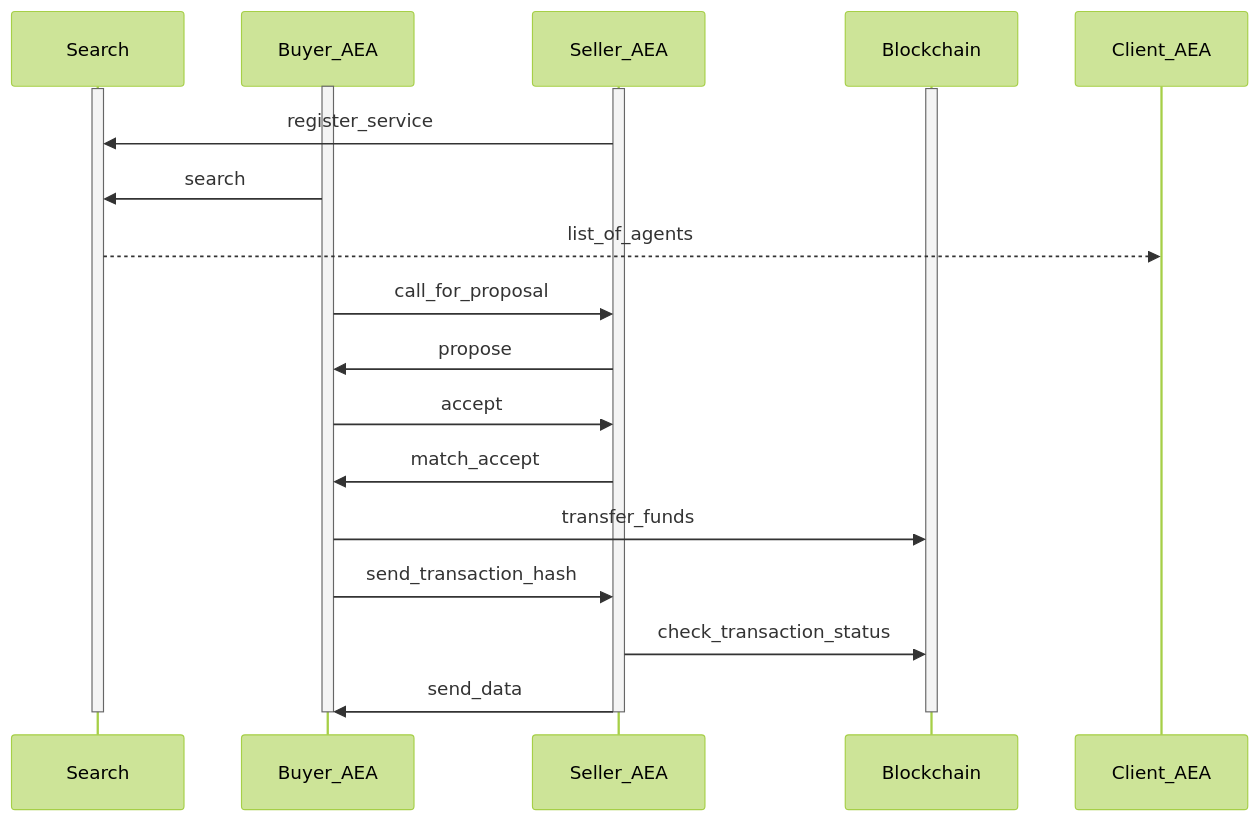
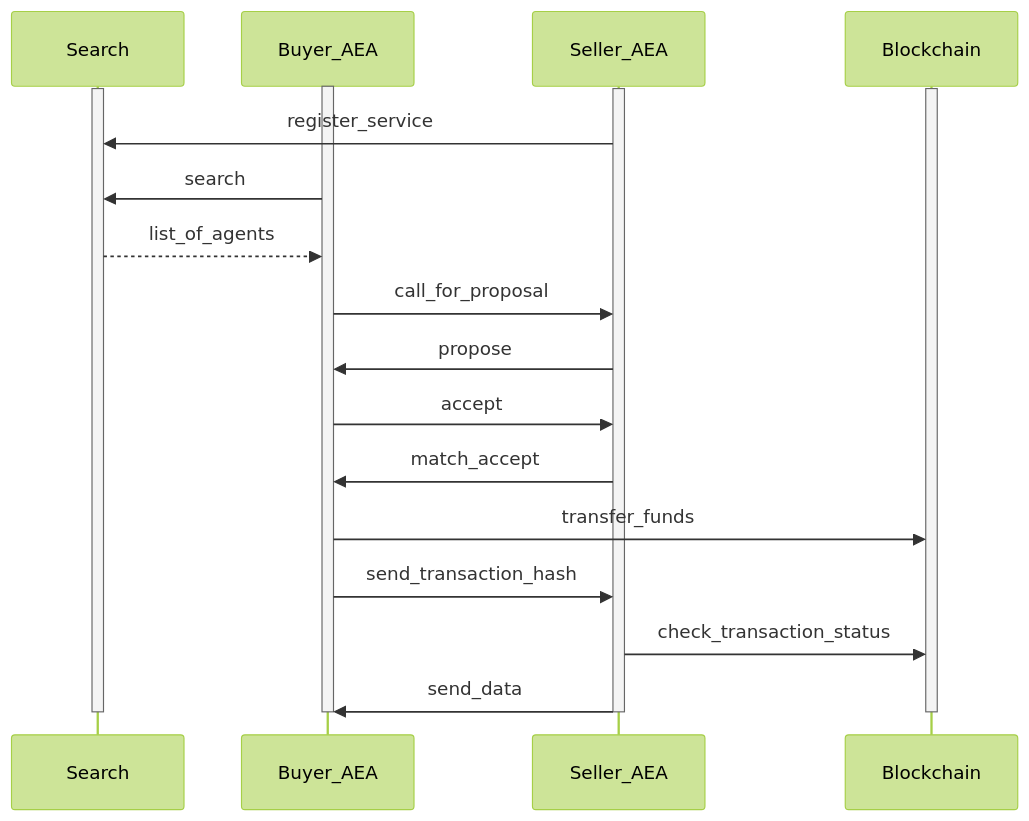
One commit to legendarydeveloper919/agents-aea changed the diagram in docs/orm-integration-to-generic.md. Above: the diagram before and after it, drawn with Mermaid (forest theme). The commit also changed 4 other files, not shown here.

```diff
--- a/docs/orm-integration-to-generic.md
+++ b/docs/orm-integration-to-generic.md
@@ -279,30 +279,30 @@
 <div class="mermaid">
     sequenceDiagram
         participant Search
         participant Buyer_AEA
         participant Seller_AEA
         participant Blockchain
     
         activate Buyer_AEA
         activate Search
         activate Seller_AEA
         activate Blockchain
         
         Seller_AEA->>Search: register_service
         Buyer_AEA->>Search: search
-        Search-->>Client_AEA: list_of_agents
+        Search-->>Buyer_AEA: list_of_agents
         Buyer_AEA->>Seller_AEA: call_for_proposal
         Seller_AEA->>Buyer_AEA: propose
         Buyer_AEA->>Seller_AEA: accept
         Seller_AEA->>Buyer_AEA: match_accept
         Buyer_AEA->>Blockchain: transfer_funds
         Buyer_AEA->>Seller_AEA: send_transaction_hash
         Seller_AEA->>Blockchain: check_transaction_status
         Seller_AEA->>Buyer_AEA: send_data
         
         deactivate Buyer_AEA
         deactivate Search
         deactivate Seller_AEA
         deactivate Blockchain
        
 </div>
```
